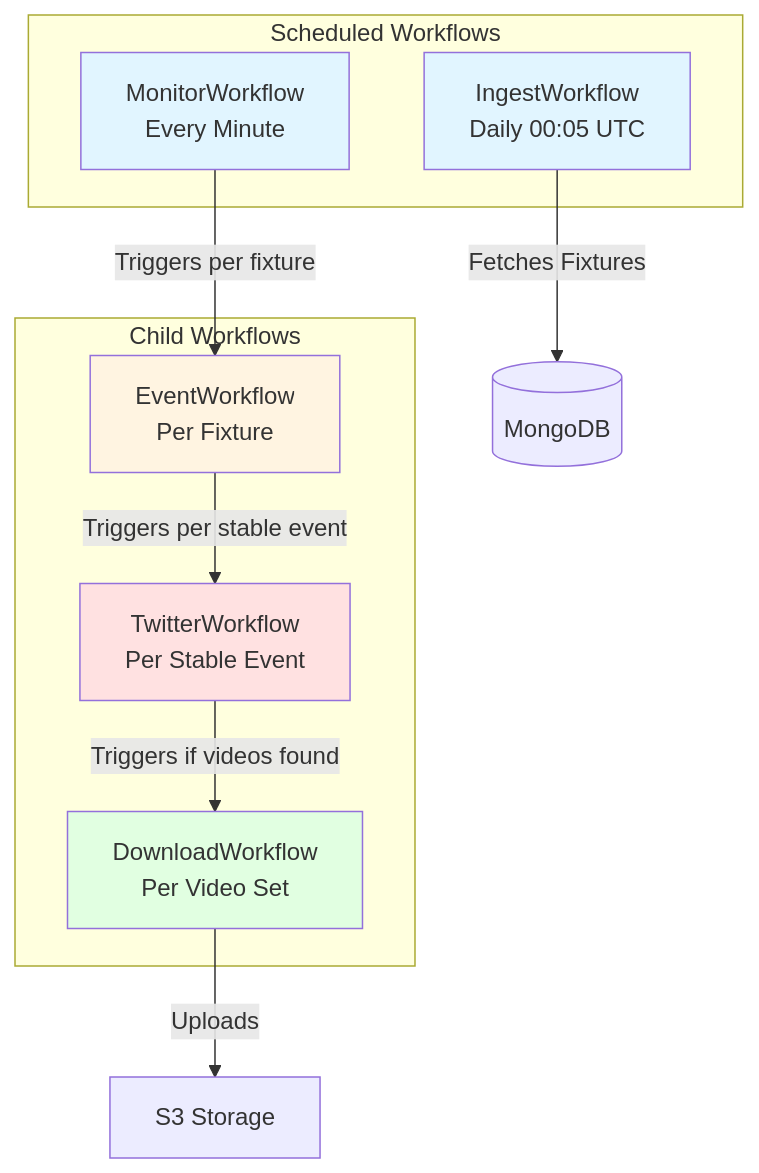
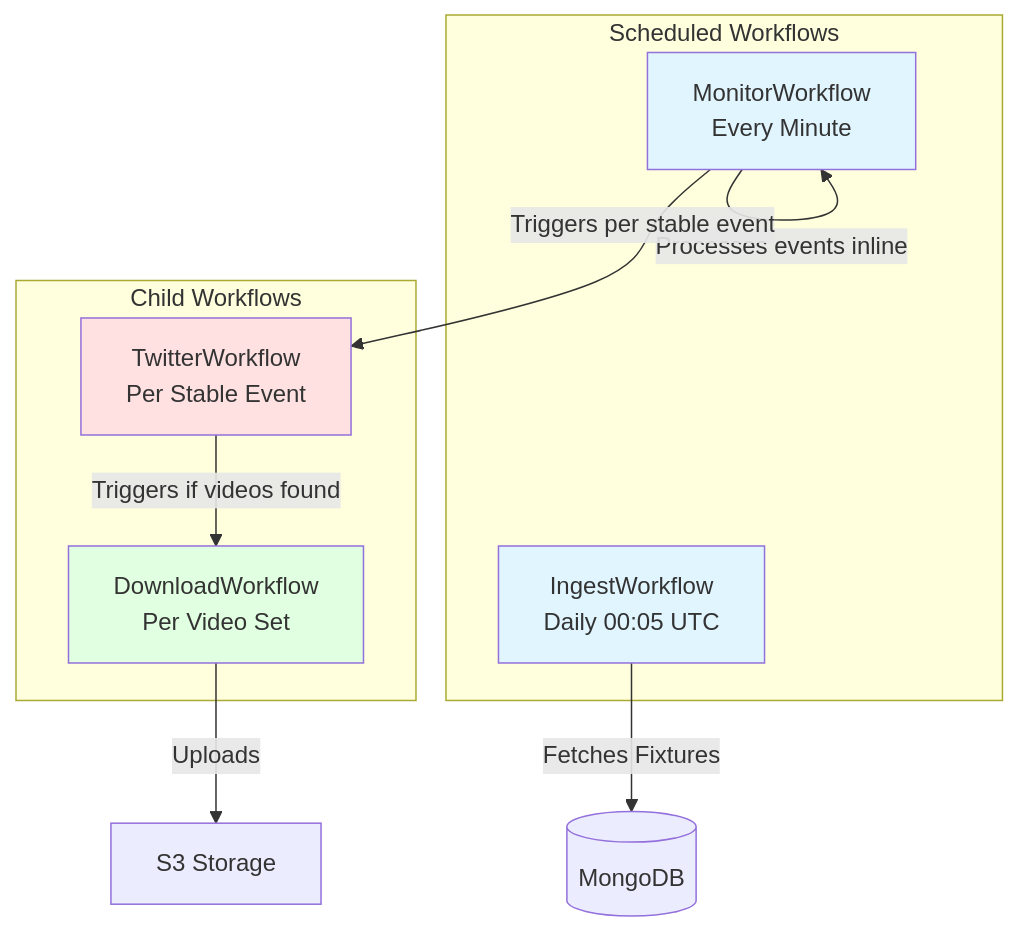
The first of 6 diagrams in TEMPORAL_WORKFLOWS.md (vedantadhobley/found-footy), drawn with Mermaid before and after one commit. The commit also changed other lines of this file and 32 other files, not shown here.

````diff
--- a/TEMPORAL_WORKFLOWS.md
+++ b/TEMPORAL_WORKFLOWS.md
@@ -9,25 +11,23 @@
 ```mermaid
 graph TB
     subgraph "Scheduled Workflows"
         I[IngestWorkflow<br/>Daily 00:05 UTC]
         M[MonitorWorkflow<br/>Every Minute]
     end
     
     subgraph "Child Workflows"
-        E[EventWorkflow<br/>Per Fixture]
         T[TwitterWorkflow<br/>Per Stable Event]
         D[DownloadWorkflow<br/>Per Video Set]
     end
     
     I -->|Fetches Fixtures| DB[(MongoDB)]
-    M -->|Triggers per fixture| E
-    E -->|Triggers per stable event| T
+    M -->|Processes events inline| M
+    M -->|Triggers per stable event| T
     T -->|Triggers if videos found| D
     D -->|Uploads| S3[S3 Storage]
     
     style I fill:#e1f5ff
     style M fill:#e1f5ff
-    style E fill:#fff4e1
     style T fill:#ffe1e1
     style D fill:#e1ffe1
 ```
````
